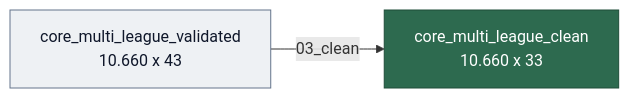
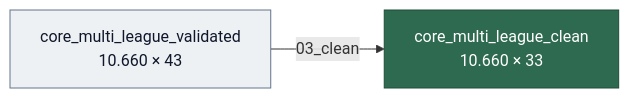
Before and after one commit to jorgepais02/PitchLens: the diagram in docs/03_limpieza.md, drawn with Mermaid. The commit also changed other lines of this file and 18 other files, not shown here.

````diff
--- a/docs/03_limpieza.md
+++ b/docs/03_limpieza.md
@@ -10,10 +10,10 @@
 ```mermaid
 graph LR
     classDef src fill:#eef1f4,stroke:#64748b,color:#0f172a,stroke-width:1px
     classDef out fill:#2d6a4f,stroke:#1f4d39,color:#ffffff,stroke-width:1px
 
-    A[core_multi_league_validated<br/>10.660 x 43] -->|03_clean| B[core_multi_league_clean<br/>10.660 x 33]
+    A[core_multi_league_validated<br/>10.660 × 43] -->|03_clean| B[core_multi_league_clean<br/>10.660 × 33]
 
     class A src
     class B out
 ```
````
